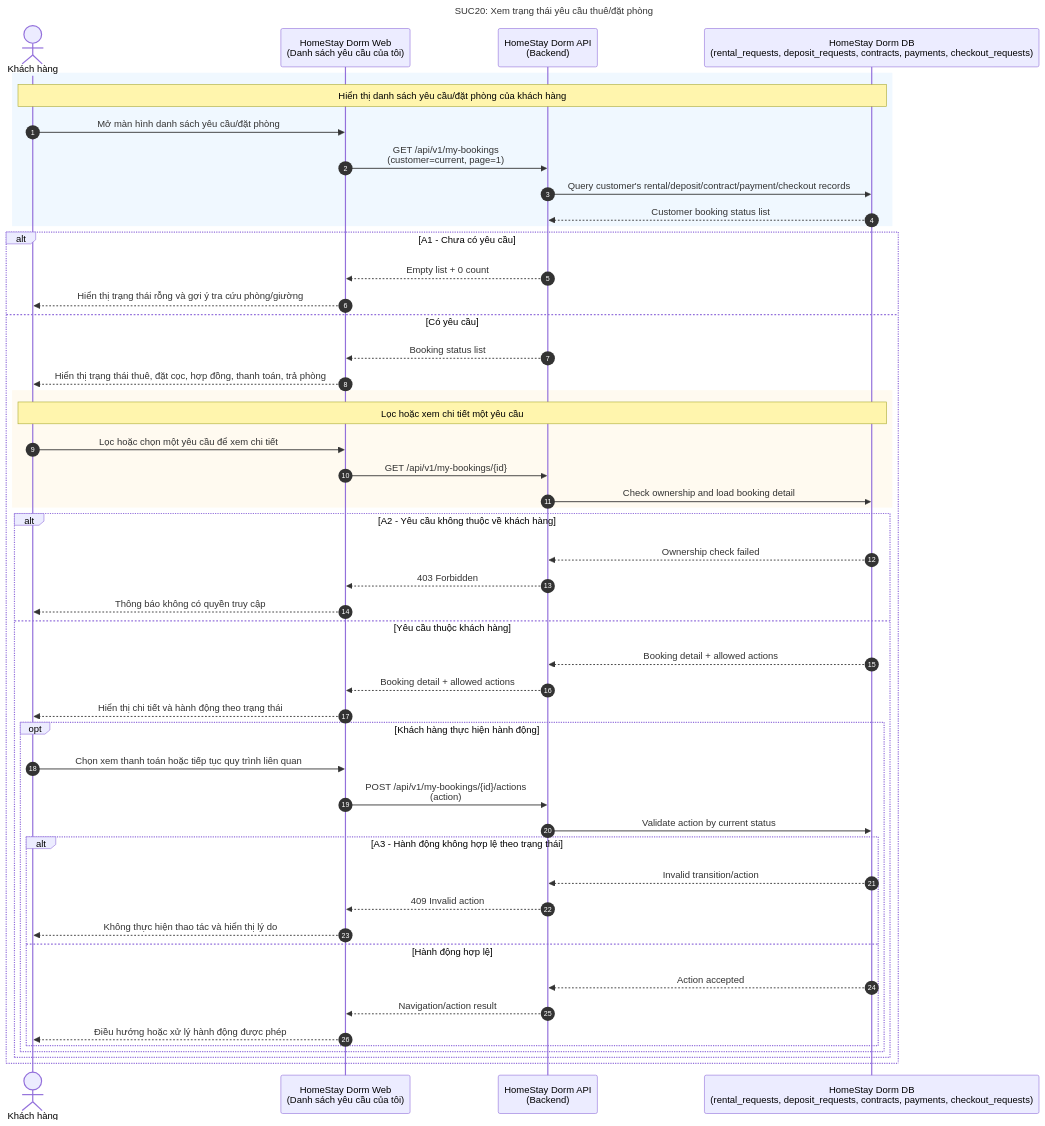
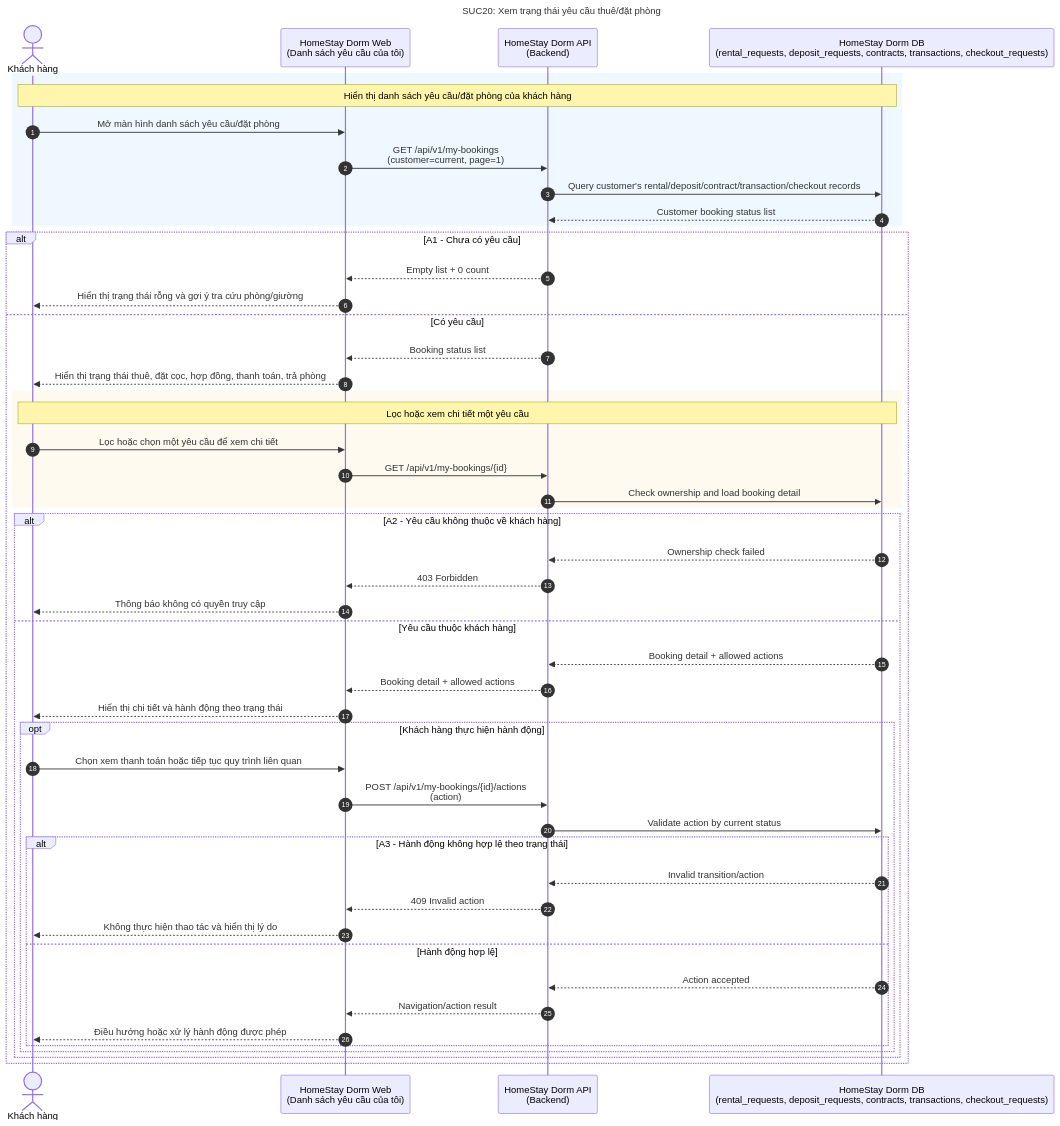
The diagram in docs/SUC/SUC20-xem-trang-thai-yeu-cau-thue-dat-phong.mmd (dinhdaivu/CSC12004_Information-Systems-Analysis-and-Design), drawn with Mermaid before and after one commit. The commit also changed 11 other files, not shown here.

```diff
--- a/docs/SUC/SUC20-xem-trang-thai-yeu-cau-thue-dat-phong.mmd
+++ b/docs/SUC/SUC20-xem-trang-thai-yeu-cau-thue-dat-phong.mmd
@@ -1,55 +1,55 @@
 sequenceDiagram
     title SUC20: Xem trạng thái yêu cầu thuê/đặt phòng
     autonumber
     actor C as Khách hàng
     participant Web as HomeStay Dorm Web<br/>(Danh sách yêu cầu của tôi)
     participant API as HomeStay Dorm API<br/>(Backend)
-    participant DB as HomeStay Dorm DB<br/>(rental_requests, deposit_requests, contracts, payments, checkout_requests)
+    participant DB as HomeStay Dorm DB<br/>(rental_requests, deposit_requests, contracts, transactions, checkout_requests)
 
     rect rgb(240, 248, 255)
         Note over C, DB: Hiển thị danh sách yêu cầu/đặt phòng của khách hàng
         C->>Web: Mở màn hình danh sách yêu cầu/đặt phòng
         Web->>API: GET /api/v1/my-bookings<br/>(customer=current, page=1)
-        API->>DB: Query customer's rental/deposit/contract/payment/checkout records
+        API->>DB: Query customer's rental/deposit/contract/transaction/checkout records
         DB-->>API: Customer booking status list
     end
 
     alt A1 - Chưa có yêu cầu
         API-->>Web: Empty list + 0 count
         Web-->>C: Hiển thị trạng thái rỗng và gợi ý tra cứu phòng/giường
     else Có yêu cầu
         API-->>Web: Booking status list
         Web-->>C: Hiển thị trạng thái thuê, đặt cọc, hợp đồng, thanh toán, trả phòng
 
         rect rgb(255, 250, 240)
             Note over C, DB: Lọc hoặc xem chi tiết một yêu cầu
             C->>Web: Lọc hoặc chọn một yêu cầu để xem chi tiết
             Web->>API: GET /api/v1/my-bookings/{id}
             API->>DB: Check ownership and load booking detail
         end
 
         alt A2 - Yêu cầu không thuộc về khách hàng
             DB-->>API: Ownership check failed
             API-->>Web: 403 Forbidden
             Web-->>C: Thông báo không có quyền truy cập
         else Yêu cầu thuộc khách hàng
             DB-->>API: Booking detail + allowed actions
             API-->>Web: Booking detail + allowed actions
             Web-->>C: Hiển thị chi tiết và hành động theo trạng thái
 
             opt Khách hàng thực hiện hành động
                 C->>Web: Chọn xem thanh toán hoặc tiếp tục quy trình liên quan
                 Web->>API: POST /api/v1/my-bookings/{id}/actions<br/>(action)
                 API->>DB: Validate action by current status
                 alt A3 - Hành động không hợp lệ theo trạng thái
                     DB-->>API: Invalid transition/action
                     API-->>Web: 409 Invalid action
                     Web-->>C: Không thực hiện thao tác và hiển thị lý do
                 else Hành động hợp lệ
                     DB-->>API: Action accepted
                     API-->>Web: Navigation/action result
                     Web-->>C: Điều hướng hoặc xử lý hành động được phép
                 end
             end
         end
     end
```
